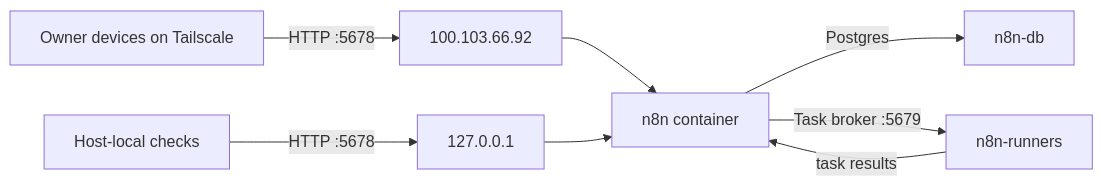
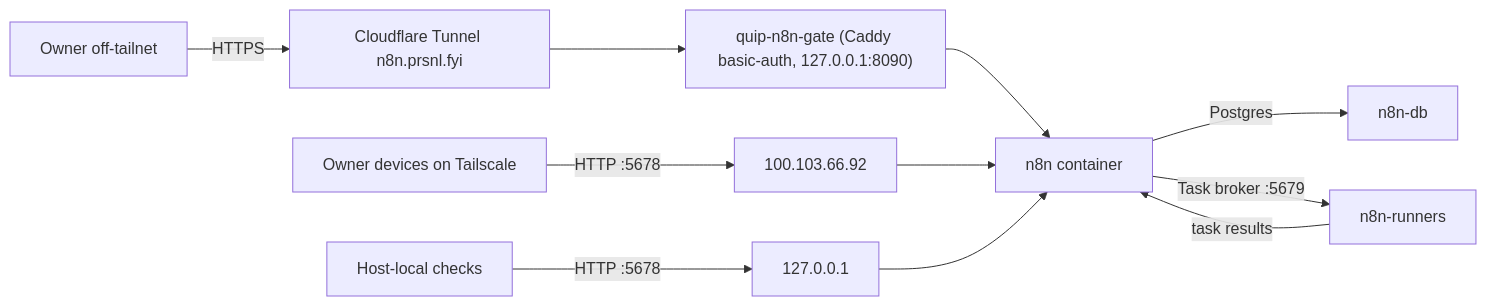
Before and after one commit to PranavSlathia/Lap-Server: the first of 2 diagrams in docs/N8N-ARCHITECTURE.md, drawn with Mermaid. The commit also changed other lines of this file and 1 other file, not shown here.

First line of the commit message:
docs(n8n): reconcile editor-exposure with the live Caddy basic-auth gate

````diff
--- a/docs/N8N-ARCHITECTURE.md
+++ b/docs/N8N-ARCHITECTURE.md
@@ -32,10 +32,13 @@
 ```mermaid
 flowchart LR
   Owner["Owner devices on Tailscale"] -->|HTTP :5678| Tailscale["100.103.66.92"]
   Health["Host-local checks"] -->|HTTP :5678| Localhost["127.0.0.1"]
+  OffNet["Owner off-tailnet"] -->|HTTPS| CF["Cloudflare Tunnel n8n.prsnl.fyi"]
+  CF --> Gate["quip-n8n-gate (Caddy basic-auth, 127.0.0.1:8090)"]
+  Gate --> N8N
   Tailscale --> N8N["n8n container"]
   Localhost --> N8N
   N8N -->|Postgres| DB["n8n-db"]
   N8N -->|Task broker :5679| Runner["n8n-runners"]
   Runner -->|task results| N8N
 ```
````
